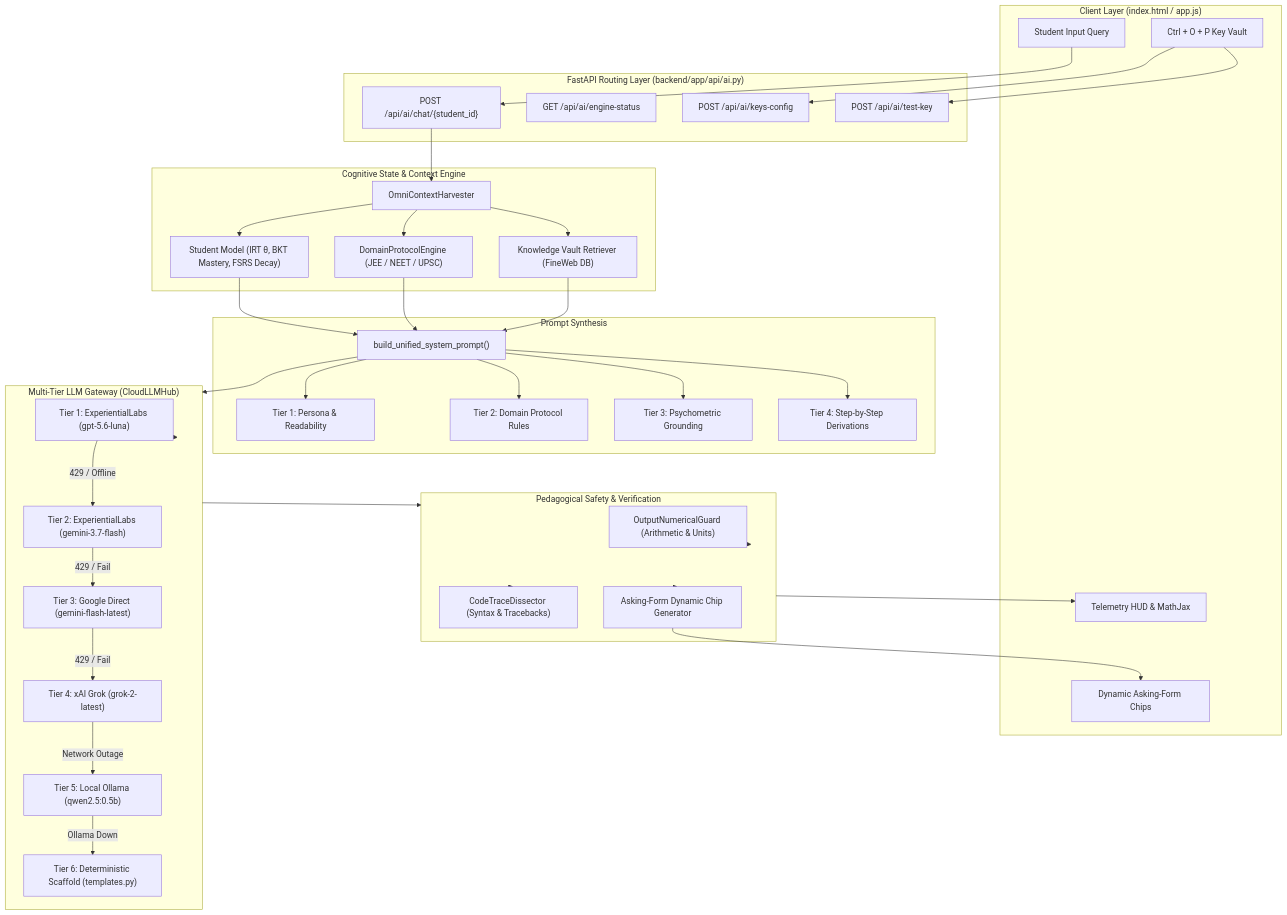
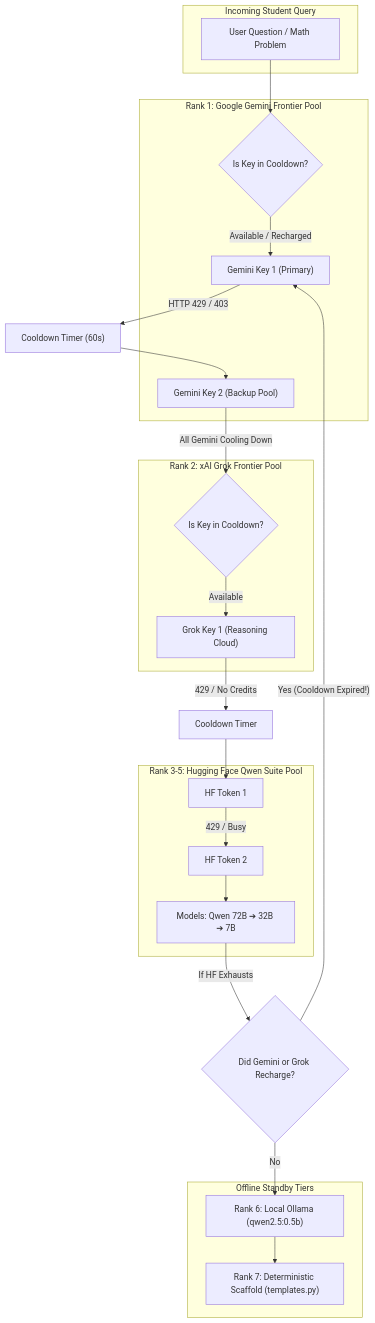
Before and after one commit to CodeStrikerMayank/APEX: the diagram in ai.md, drawn with Mermaid. The commit also changed other lines of this file and 33 other files, not shown here.

````diff
--- a/ai.md
+++ b/ai.md
@@ -24,64 +27,41 @@
 ```mermaid
 flowchart TD
-    subgraph UI ["Client Layer (index.html / app.js)"]
-        A["Student Input Query"]
-        B["Ctrl + O + P Key Vault"]
-        C["Dynamic Asking-Form Chips"]
-        D["Telemetry HUD & MathJax"]
+    subgraph Request ["Incoming Student Query"]
+        Q["User Question / Math Problem"]
     end
 
-    subgraph API ["FastAPI Routing Layer (backend/app/api/ai.py)"]
-        E["POST /api/ai/chat/{student_id}"]
-        F["GET /api/ai/engine-status"]
-        G["POST /api/ai/keys-config"]
-        H["POST /api/ai/test-key"]
+    subgraph Tier1 ["Rank 1: Google Gemini Frontier Pool"]
+        G1["Gemini Key 1 (Primary)"]
+        G2["Gemini Key 2 (Backup Pool)"]
+        G_CD{"Is Key in Cooldown?"}
     end
 
-    subgraph Context ["Cognitive State & Context Engine"]
-        I["OmniContextHarvester"]
-        J["Student Model (IRT θ, BKT Mastery, FSRS Decay)"]
-        K["DomainProtocolEngine (JEE / NEET / UPSC)"]
-        L["Knowledge Vault Retriever (FineWeb DB)"]
+    subgraph Tier2 ["Rank 2: xAI Grok Frontier Pool"]
+        GR1["Grok Key 1 (Reasoning Cloud)"]
+        GR_CD{"Is Key in Cooldown?"}
     end
 
-    subgraph PromptEngine ["Prompt Synthesis"]
-        M["build_unified_system_prompt()"]
-        M1["Tier 1: Persona & Readability"]
-        M2["Tier 2: Domain Protocol Rules"]
-        M3["Tier 3: Psychometric Grounding"]
-        M4["Tier 4: Step-by-Step Derivations"]
+    subgraph Tier3 ["Rank 3-5: Hugging Face Qwen Suite Pool"]
+        HF1["HF Token 1"]
+        HF2["HF Token 2"]
+        HF_M["Models: Qwen 72B ➔ 32B ➔ 7B"]
     end
 
-    subgraph Gateway ["Multi-Tier LLM Gateway (CloudLLMHub)"]
-        N1["Tier 1: ExperientialLabs (gpt-5.6-luna)"]
-        N2["Tier 2: ExperientialLabs (gemini-3.7-flash)"]
-        N3["Tier 3: Google Direct (gemini-flash-latest)"]
-        N4["Tier 4: xAI Grok (grok-2-latest)"]
-        N5["Tier 5: Local Ollama (qwen2.5:0.5b)"]
-        N6["Tier 6: Deterministic Scaffold (templates.py)"]
+    subgraph Tier67 ["Offline Standby Tiers"]
+        R6["Rank 6: Local Ollama (qwen2.5:0.5b)"]
+        R7["Rank 7: Deterministic Scaffold (templates.py)"]
     end
 
-    subgraph Guards ["Pedagogical Safety & Verification"]
-        O1["OutputNumericalGuard (Arithmetic & Units)"]
-        O2["CodeTraceDissector (Syntax & Tracebacks)"]
-        O3["Asking-Form Dynamic Chip Generator"]
-    end
+    Q --> G_CD
+    G_CD -- "Available / Recharged" --> G1
+    G1 -- "HTTP 429 / 403" --> G1_CD["Cooldown Timer (60s)"] --> G2
+    G2 -- "All Gemini Cooling Down" --> GR_CD
+    GR_CD -- "Available" --> GR1
+    GR1 -- "429 / No Credits" --> GR_CD_Timer["Cooldown Timer"] --> HF1
+    HF1 -- "429 / Busy" --> HF2
+    HF2 --> HF_M
 
-    A --> E
-    B --> G & H
-    E --> I
-    I --> J & K & L
-    J & K & L --> M
-    M --> M1 & M2 & M3 & M4
-    M --> Gateway
-    Gateway --> N1
-    N1 -- "429 / Offline" --> N2
-    N2 -- "429 / Fail" --> N3
-    N3 -- "429 / Fail" --> N4
-    N4 -- "Network Outage" --> N5
-    N5 -- "Ollama Down" --> N6
-    Gateway --> Guards
-    Guards --> O1 & O2 & O3
-    O3 --> C
-    Guards --> D
+    HF_M -- "If HF Exhausts" --> Recheck{"Did Gemini or Grok Recharge?"}
+    Recheck -- "Yes (Cooldown Expired!)" --> G1
+    Recheck -- "No" --> R6 --> R7
 ```
````
